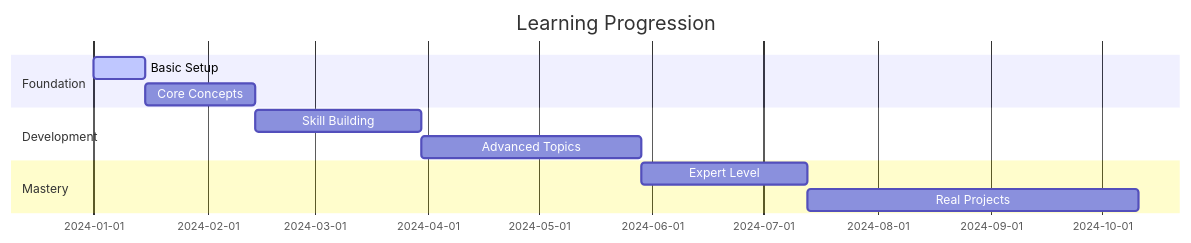
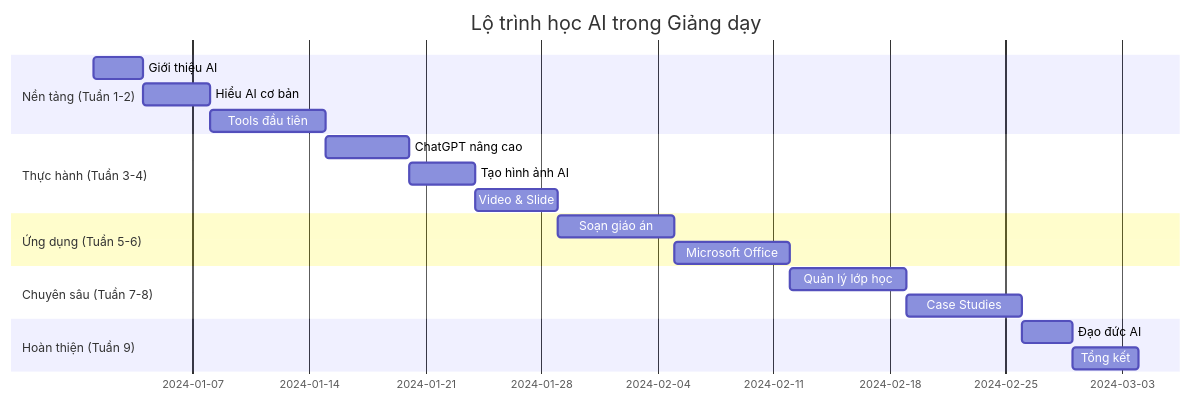
Before and after one commit to zukahai/ai-teaching: the diagram in docs/introduction/intro.md, drawn with Mermaid. The commit also changed other lines of this file and 3 other files, not shown here.

````diff
--- a/docs/introduction/intro.md
+++ b/docs/introduction/intro.md
@@ -51,14 +65,27 @@
 ```mermaid
 gantt
-    title Learning Progression
-    dateFormat  YYYY-MM-DD
-    section Foundation
-    Basic Setup        :active, setup, 2024-01-01, 14d
-    Core Concepts      :core, after setup, 30d
-    section Development
-    Skill Building     :skill, after core, 45d
-    Advanced Topics    :adv, after skill, 60d
-    section Mastery
-    Expert Level       :expert, after adv, 45d
-    Real Projects      :project, after expert, 90d
+    title Lộ trình học AI trong Giảng dạy
+    dateFormat YYYY-MM-DD
+    
+    section Nền tảng (Tuần 1-2)
+    Giới thiệu AI        :foundation1, 2024-01-01, 3d
+    Hiểu AI cơ bản       :foundation2, after foundation1, 4d
+    Tools đầu tiên       :foundation3, after foundation2, 7d
+    
+    section Thực hành (Tuần 3-4)
+    ChatGPT nâng cao     :practice1, after foundation3, 5d
+    Tạo hình ảnh AI      :practice2, after practice1, 4d
+    Video & Slide        :practice3, after practice2, 5d
+    
+    section Ứng dụng (Tuần 5-6)
+    Soạn giáo án        :apply1, after practice3, 7d
+    Microsoft Office     :apply2, after apply1, 7d
+    
+    section Chuyên sâu (Tuần 7-8)
+    Quản lý lớp học     :advanced1, after apply2, 7d
+    Case Studies        :advanced2, after advanced1, 7d
+    
+    section Hoàn thiện (Tuần 9)
+    Đạo đức AI          :final1, after advanced2, 3d
+    Tổng kết           :final2, after final1, 4d
 ```
````
